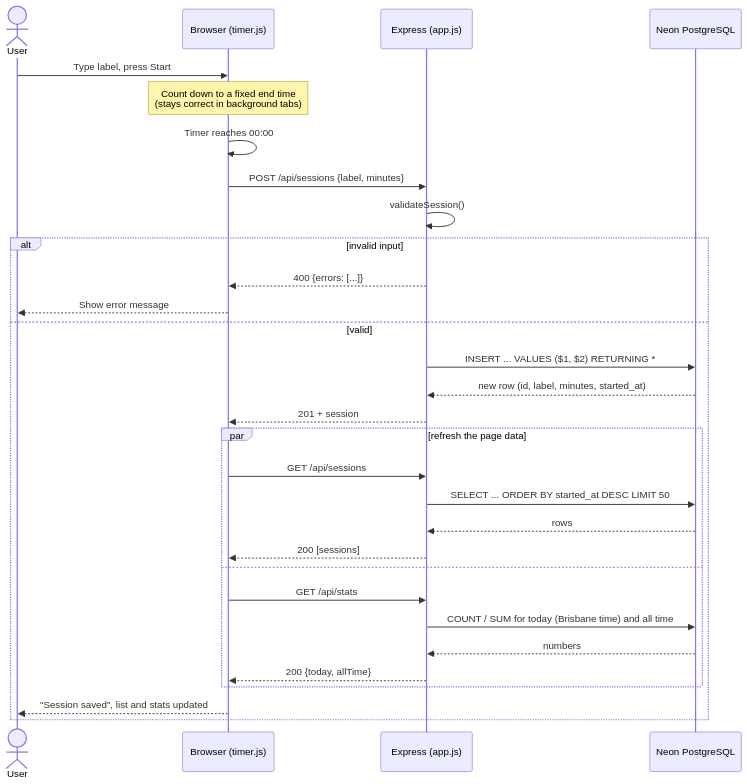
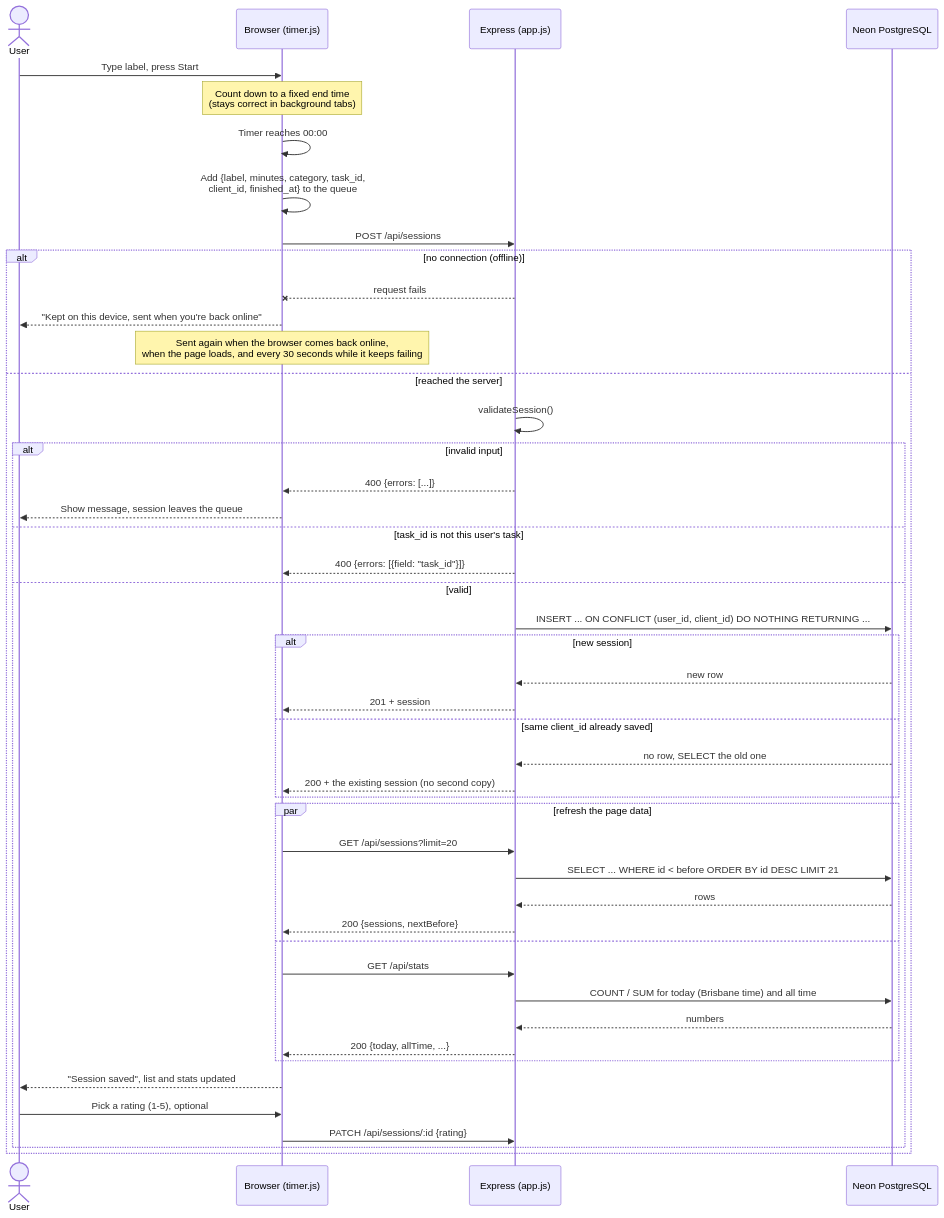
The second of 3 diagrams in focus-ARCHITECTURE.md (vy-trg/focus-tracker), drawn with Mermaid before and after one commit. The commit also changed other lines of this file and 1 other file, not shown here.

Commit message:
Update architecture doc and README to match the code

````diff
--- a/focus-ARCHITECTURE.md
+++ b/focus-ARCHITECTURE.md
@@ -56,33 +70,49 @@
 ```mermaid
 sequenceDiagram
     actor User
     participant B as Browser (timer.js)
     participant S as Express (app.js)
     participant D as Neon PostgreSQL
 
     User->>B: Type label, press Start
     Note over B: Count down to a fixed end time<br/>(stays correct in background tabs)
     B->>B: Timer reaches 00:00
-    B->>S: POST /api/sessions {label, minutes}
-    S->>S: validateSession()
-    alt invalid input
-        S-->>B: 400 {errors: [...]}
-        B-->>User: Show error message
-    else valid
-        S->>D: INSERT ... VALUES ($1, $2) RETURNING *
-        D-->>S: new row (id, label, minutes, started_at)
-        S-->>B: 201 + session
-        par refresh the page data
-            B->>S: GET /api/sessions
-            S->>D: SELECT ... ORDER BY started_at DESC LIMIT 50
-            D-->>S: rows
-            S-->>B: 200 [sessions]
-        and
-            B->>S: GET /api/stats
-            S->>D: COUNT / SUM for today (Brisbane time) and all time
-            D-->>S: numbers
-            S-->>B: 200 {today, allTime}
+    B->>B: Add {label, minutes, category, task_id,<br/>client_id, finished_at} to the queue
+    B->>S: POST /api/sessions
+    alt no connection (offline)
+        S--xB: request fails
+        B-->>User: "Kept on this device, sent when you're back online"
+        Note over B: Sent again when the browser comes back online,<br/>when the page loads, and every 30 seconds while it keeps failing
+    else reached the server
+        S->>S: validateSession()
+        alt invalid input
+            S-->>B: 400 {errors: [...]}
+            B-->>User: Show message, session leaves the queue
+        else task_id is not this user's task
+            S-->>B: 400 {errors: [{field: "task_id"}]}
+        else valid
+            S->>D: INSERT ... ON CONFLICT (user_id, client_id) DO NOTHING RETURNING ...
+            alt new session
+                D-->>S: new row
+                S-->>B: 201 + session
+            else same client_id already saved
+                D-->>S: no row, SELECT the old one
+                S-->>B: 200 + the existing session (no second copy)
+            end
+            par refresh the page data
+                B->>S: GET /api/sessions?limit=20
+                S->>D: SELECT ... WHERE id < before ORDER BY id DESC LIMIT 21
+                D-->>S: rows
+                S-->>B: 200 {sessions, nextBefore}
+            and
+                B->>S: GET /api/stats
+                S->>D: COUNT / SUM for today (Brisbane time) and all time
+                D-->>S: numbers
+                S-->>B: 200 {today, allTime, ...}
+            end
+            B-->>User: "Session saved", list and stats updated
+            User->>B: Pick a rating (1-5), optional
+            B->>S: PATCH /api/sessions/:id {rating}
         end
-        B-->>User: "Session saved", list and stats updated
     end
 ```
````
